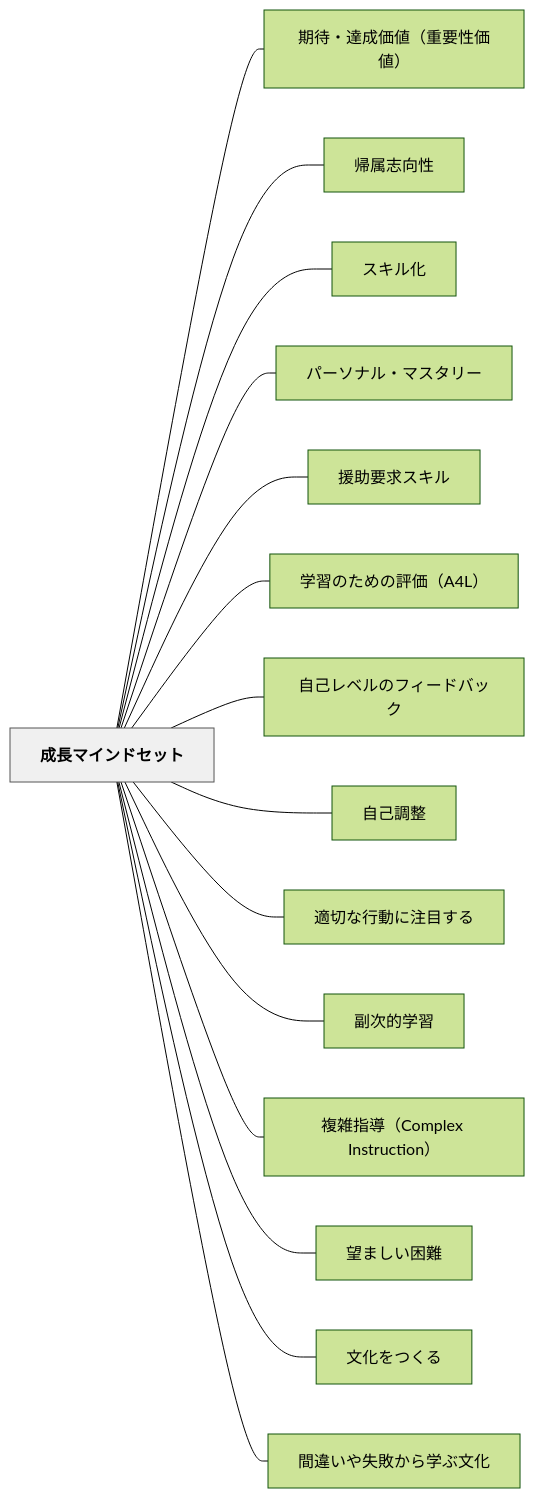
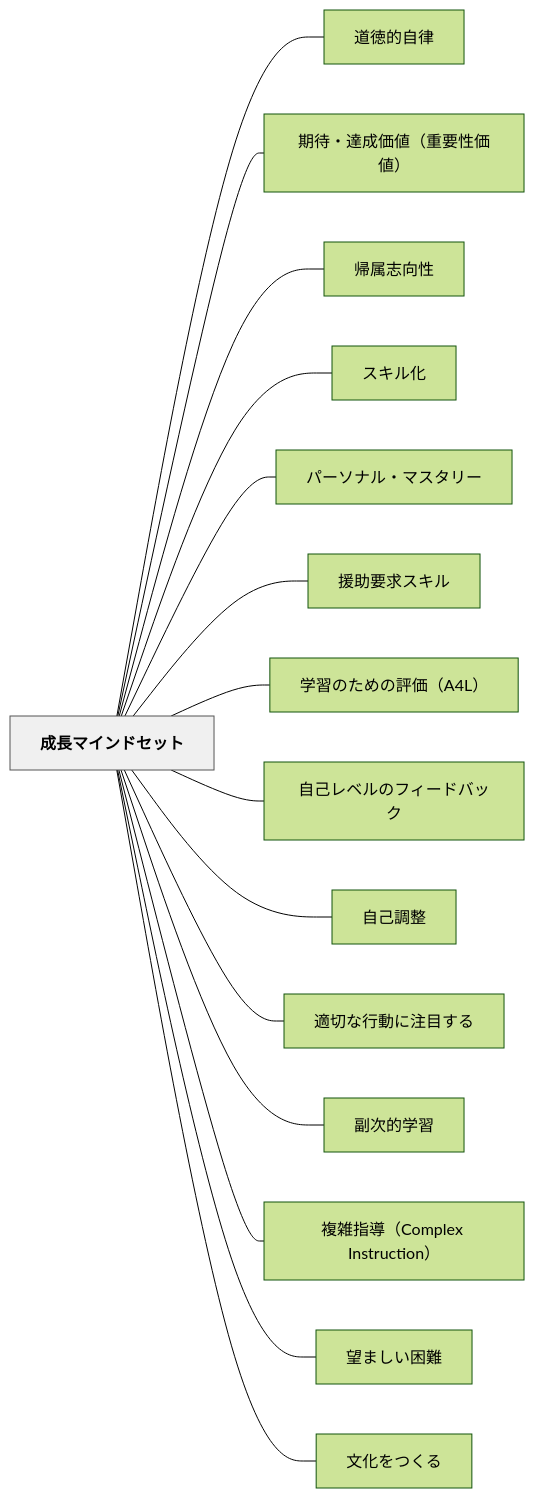
The diagram in content/パタン/成長マインドセット.md (unknownthings-ed-patterns/unknownthings-ed-patterns), drawn with Mermaid (forest theme) before and after one commit. The commit also changed other lines of this file and 12 other files, not shown here.

````diff
--- a/content/パタン/成長マインドセット.md
+++ b/content/パタン/成長マインドセット.md
@@ -123,36 +124,36 @@
 ```mermaid
 flowchart LR
     ne68890e995b7e3839ee382a4e383b3e38389e382bbe38383e38388["成長マインドセット"]
+    ne98193e5beb3e79a84e887aae5be8b["道徳的自律"]
     ne69c9fe5be85e383bbe98194e68890e4bea1e580a4efbc88e9878de8a681e680a7e4bea1e580a4efbc89["期待・達成価値（重要性価値）"]
     ne5b8b0e5b19ee5bf97e59091e680a7["帰属志向性"]
     ne382b9e382ade383abe58c96["スキル化"]
     ne38391e383bce382bde3838ae383abe383bbe3839ee382b9e382bfe383aae383bc["パーソナル・マスタリー"]
     ne68fb4e58aa9e8a681e6b182e382b9e382ade383ab["援助要求スキル"]
     ne5ada6e7bf92e381aee3819fe38281e381aee8a995e4bea1efbc8841344cefbc89["学習のための評価（A4L）"]
     ne887aae5b7b1e383ace38399e383abe381aee38395e382a3e383bce38389e38390e38383e382af["自己レベルのフィードバック"]
     ne887aae5b7b1e8aabfe695b4["自己調整"]
     ne981a9e58887e381aae8a18ce58b95e381abe6b3a8e79baee38199e3828b["適切な行動に注目する"]
     ne589afe6aca1e79a84e5ada6e7bf92["副次的学習"]
     ne8a487e99b91e68c87e5b08eefbc88436f6d706c657820496e737472756374696f6eefbc89["複雑指導（Complex Instruction）"]
     ne69c9be381bee38197e38184e59bb0e99ba3["望ましい困難"]
     ne69687e58c96e38292e381a4e3818fe3828b["文化をつくる"]
-    ne99693e98195e38184e38284e5a4b1e69597e3818be38289e5ada6e381b6e69687e58c96["間違いや失敗から学ぶ文化"]
 
+    ne68890e995b7e3839ee382a4e383b3e38389e382bbe38383e38388 --- ne98193e5beb3e79a84e887aae5be8b
     ne68890e995b7e3839ee382a4e383b3e38389e382bbe38383e38388 --- ne69c9fe5be85e383bbe98194e68890e4bea1e580a4efbc88e9878de8a681e680a7e4bea1e580a4efbc89
     ne68890e995b7e3839ee382a4e383b3e38389e382bbe38383e38388 --- ne5b8b0e5b19ee5bf97e59091e680a7
     ne68890e995b7e3839ee382a4e383b3e38389e382bbe38383e38388 --- ne382b9e382ade383abe58c96
     ne68890e995b7e3839ee382a4e383b3e38389e382bbe38383e38388 --- ne38391e383bce382bde3838ae383abe383bbe3839ee382b9e382bfe383aae383bc
     ne68890e995b7e3839ee382a4e383b3e38389e382bbe38383e38388 --- ne68fb4e58aa9e8a681e6b182e382b9e382ade383ab
     ne68890e995b7e3839ee382a4e383b3e38389e382bbe38383e38388 --- ne5ada6e7bf92e381aee3819fe38281e381aee8a995e4bea1efbc8841344cefbc89
     ne68890e995b7e3839ee382a4e383b3e38389e382bbe38383e38388 --- ne887aae5b7b1e383ace38399e383abe381aee38395e382a3e383bce38389e38390e38383e382af
     ne68890e995b7e3839ee382a4e383b3e38389e382bbe38383e38388 --- ne887aae5b7b1e8aabfe695b4
     ne68890e995b7e3839ee382a4e383b3e38389e382bbe38383e38388 --- ne981a9e58887e381aae8a18ce58b95e381abe6b3a8e79baee38199e3828b
     ne68890e995b7e3839ee382a4e383b3e38389e382bbe38383e38388 --- ne589afe6aca1e79a84e5ada6e7bf92
     ne68890e995b7e3839ee382a4e383b3e38389e382bbe38383e38388 --- ne8a487e99b91e68c87e5b08eefbc88436f6d706c657820496e737472756374696f6eefbc89
     ne68890e995b7e3839ee382a4e383b3e38389e382bbe38383e38388 --- ne69c9be381bee38197e38184e59bb0e99ba3
     ne68890e995b7e3839ee382a4e383b3e38389e382bbe38383e38388 --- ne69687e58c96e38292e381a4e3818fe3828b
-    ne68890e995b7e3839ee382a4e383b3e38389e382bbe38383e38388 --- ne99693e98195e38184e38284e5a4b1e69597e3818be38289e5ada6e381b6e69687e58c96
 
     classDef hub fill:#f0f0f0,stroke:#555,color:#000,font-weight:bold
     class ne68890e995b7e3839ee382a4e383b3e38389e382bbe38383e38388 hub
 ```
````
